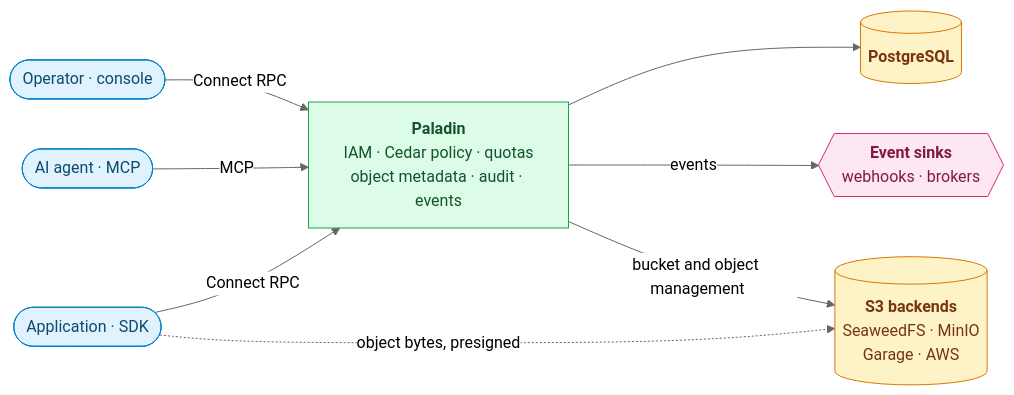
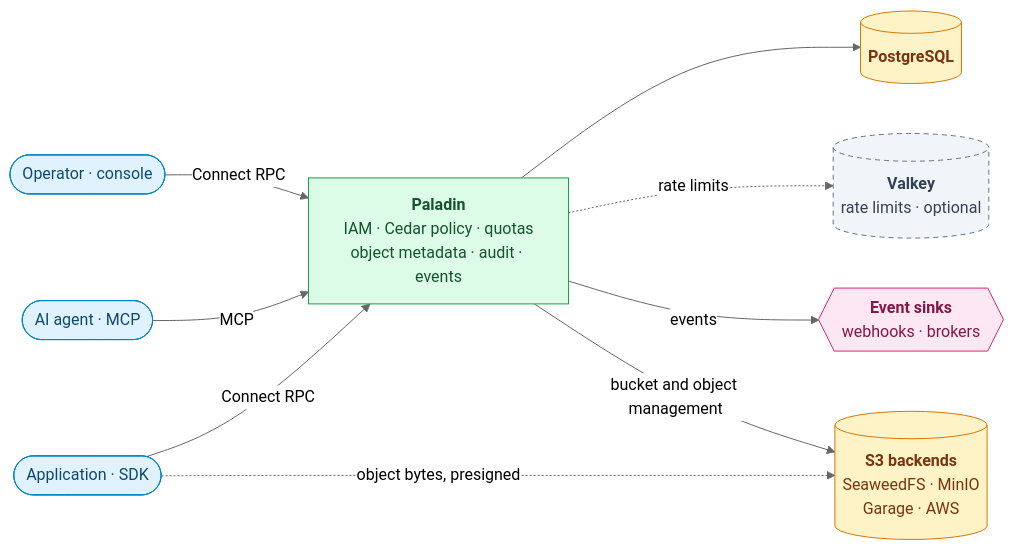
One commit to oleg-tkachuk/paladin changed the first of 14 diagrams in backend/docs/diagrams.md. Above: the diagram before and after it, drawn with Mermaid (neutral theme). The commit also changed other lines of this file and 2 other files, not shown here.

Commit message:
docs: show the optional Valkey and the iam role on the diagrams

````diff
--- a/backend/docs/diagrams.md
+++ b/backend/docs/diagrams.md
@@ -16,31 +16,34 @@
 ```mermaid
 flowchart LR
     op(["Operator · console"])
     agent(["AI agent · MCP"])
     app(["Application · SDK"])
 
     cp["<b>Paladin</b><br/>IAM · Cedar policy · quotas<br/>object metadata · audit · events"]
 
     pg[("<b>PostgreSQL</b>")]
+    vk[("<b>Valkey</b><br/>rate limits · optional")]
     sinks{{"<b>Event sinks</b><br/>webhooks · brokers"}}
     s3[("<b>S3 backends</b><br/>SeaweedFS · MinIO<br/>Garage · AWS")]
 
     op -- "Connect RPC" --> cp
     agent -- "MCP" --> cp
     app -- "Connect RPC" --> cp
     cp --> pg
+    cp -. "rate limits" .-> vk
     cp -- "events" --> sinks
     cp -- "bucket and object management" --> s3
     app -. "object bytes, presigned" .-> s3
 
     classDef client fill:#E0F2FE,stroke:#0284C7,color:#0C4A6E
     classDef ui fill:#EDE9FE,stroke:#7C3AED,color:#3B0764
     classDef role fill:#DCFCE7,stroke:#16A34A,color:#14532D
     classDef optional fill:#F1F5F9,stroke:#64748B,color:#334155,stroke-dasharray:5 4
     classDef store fill:#FEF3C7,stroke:#D97706,color:#78350F
     classDef external fill:#FCE7F3,stroke:#DB2777,color:#831843
     class app,agent,op client
     class cp role
     class pg,s3 store
+    class vk optional
     class sinks external
 ```
````
